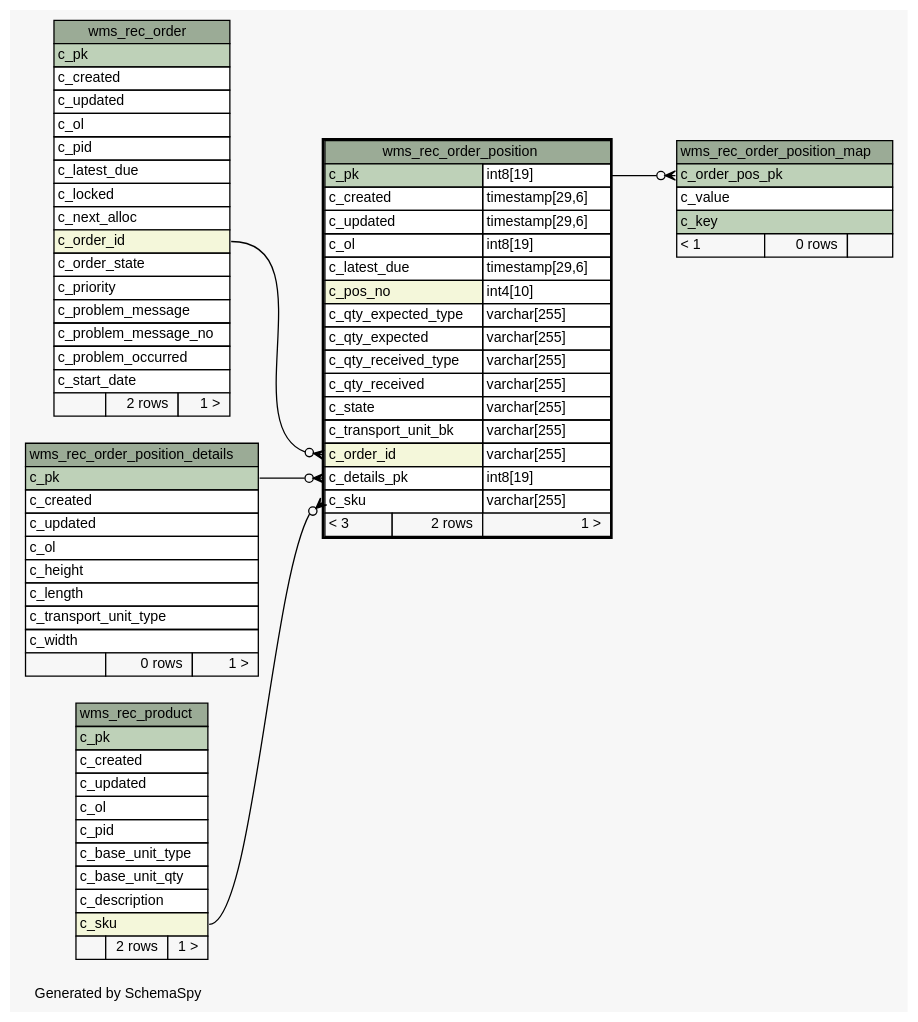
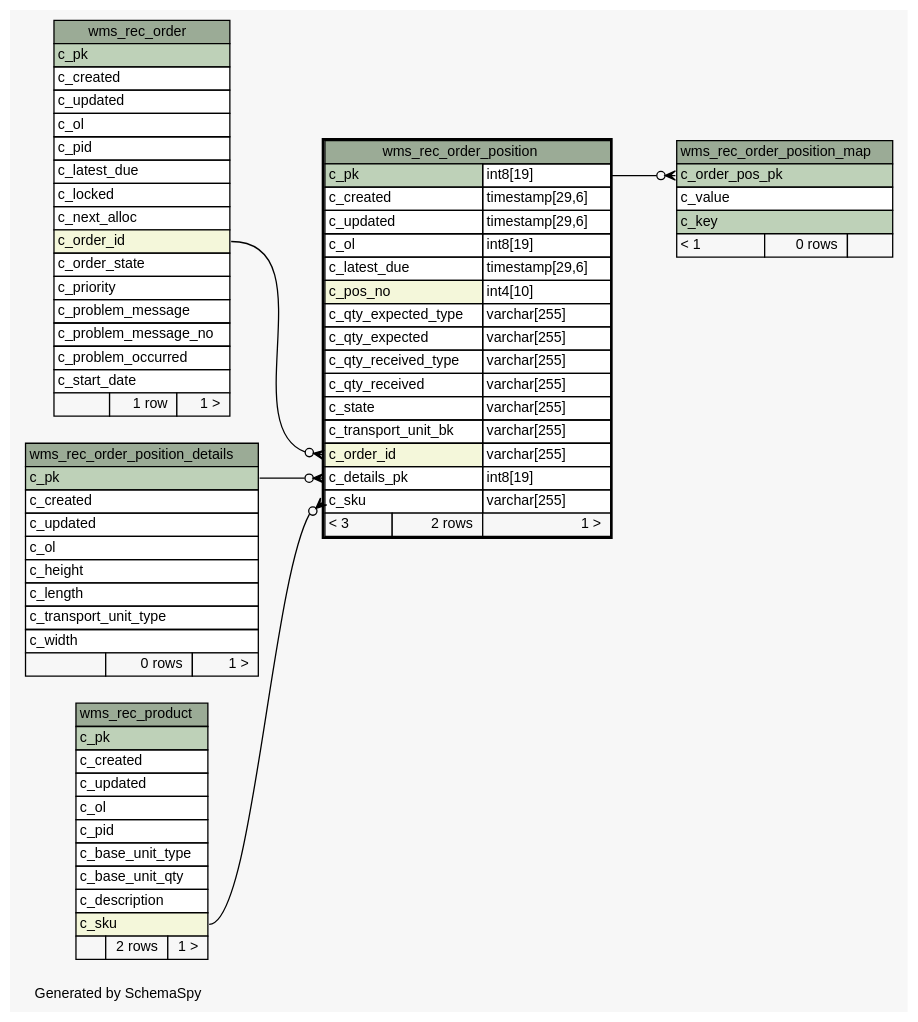
One commit to openwms/org.openwms.wms.receiving.lib changed the diagram in 1.0.0-SNAPSHOT/schemaspy/diagrams/wms_rec_order_position.1degree.dot. Above: the diagram before and after it, drawn with Graphviz. The commit also changed 224 other files, not shown here.

```diff
--- a/1.0.0-SNAPSHOT/schemaspy/diagrams/wms_rec_order_position.1degree.dot
+++ b/1.0.0-SNAPSHOT/schemaspy/diagrams/wms_rec_order_position.1degree.dot
@@ -1,121 +1,121 @@
-// dot 2.42.3 on Linux 5.4.0-1032-azure
+// dot 2.42.3 on Linux 5.4.0-1039-azure
 // SchemaSpy rev Unknown
 digraph "oneDegreeRelationshipsDiagram" {
   graph [
     rankdir="RL"
     bgcolor="#f7f7f7"
     label="\nGenerated by SchemaSpy"
     labeljust="l"
     nodesep="0.18"
     ranksep="0.46"
     fontname="Helvetica"
     fontsize="11"
   ];
   node [
     fontname="Helvetica"
     fontsize="11"
     shape="plaintext"
   ];
   edge [
     arrowsize="0.8"
   ];
   "wms_rec_order_position":"c_details_pk":w -> "wms_rec_order_position_details":"c_pk":e [arrowhead=none dir=back arrowtail=crowodot];
   "wms_rec_order_position":"c_order_id":w -> "wms_rec_order":"c_order_id":e [arrowhead=none dir=back arrowtail=crowodot];
   "wms_rec_order_position":"c_sku":w -> "wms_rec_product":"c_sku":e [arrowhead=none dir=back arrowtail=crowodot];
   "wms_rec_order_position_map":"c_order_pos_pk":w -> "wms_rec_order_position":"c_pk.type":e [arrowhead=none dir=back arrowtail=crowodot];
   "wms_rec_order" [
     label=<
     <TABLE BORDER="0" CELLBORDER="1" CELLSPACING="0" BGCOLOR="#ffffff">
       <TR><TD COLSPAN="3" BGCOLOR="#9bab96" ALIGN="CENTER">wms_rec_order</TD></TR>
       <TR><TD PORT="c_pk" COLSPAN="3" BGCOLOR="#bed1b8" ALIGN="LEFT">c_pk</TD></TR>
       <TR><TD PORT="c_created" COLSPAN="3" ALIGN="LEFT">c_created</TD></TR>
       <TR><TD PORT="c_updated" COLSPAN="3" ALIGN="LEFT">c_updated</TD></TR>
       <TR><TD PORT="c_ol" COLSPAN="3" ALIGN="LEFT">c_ol</TD></TR>
       <TR><TD PORT="c_pid" COLSPAN="3" ALIGN="LEFT">c_pid</TD></TR>
       <TR><TD PORT="c_latest_due" COLSPAN="3" ALIGN="LEFT">c_latest_due</TD></TR>
       <TR><TD PORT="c_locked" COLSPAN="3" ALIGN="LEFT">c_locked</TD></TR>
       <TR><TD PORT="c_next_alloc" COLSPAN="3" ALIGN="LEFT">c_next_alloc</TD></TR>
       <TR><TD PORT="c_order_id" COLSPAN="3" BGCOLOR="#f4f7da" ALIGN="LEFT">c_order_id</TD></TR>
       <TR><TD PORT="c_order_state" COLSPAN="3" ALIGN="LEFT">c_order_state</TD></TR>
       <TR><TD PORT="c_priority" COLSPAN="3" ALIGN="LEFT">c_priority</TD></TR>
       <TR><TD PORT="c_problem_message" COLSPAN="3" ALIGN="LEFT">c_problem_message</TD></TR>
       <TR><TD PORT="c_problem_message_no" COLSPAN="3" ALIGN="LEFT">c_problem_message_no</TD></TR>
       <TR><TD PORT="c_problem_occurred" COLSPAN="3" ALIGN="LEFT">c_problem_occurred</TD></TR>
       <TR><TD PORT="c_start_date" COLSPAN="3" ALIGN="LEFT">c_start_date</TD></TR>
-      <TR><TD ALIGN="LEFT" BGCOLOR="#f7f7f7">  </TD><TD ALIGN="RIGHT" BGCOLOR="#f7f7f7">2 rows</TD><TD ALIGN="RIGHT" BGCOLOR="#f7f7f7">1 &gt;</TD></TR>
+      <TR><TD ALIGN="LEFT" BGCOLOR="#f7f7f7">  </TD><TD ALIGN="RIGHT" BGCOLOR="#f7f7f7">1 row</TD><TD ALIGN="RIGHT" BGCOLOR="#f7f7f7">1 &gt;</TD></TR>
     </TABLE>>
     URL="wms_rec_order.html"
     tooltip="wms_rec_order"
   ];
   "wms_rec_order_position" [
     label=<
     <TABLE BORDER="2" CELLBORDER="1" CELLSPACING="0" BGCOLOR="#ffffff">
       <TR><TD COLSPAN="3" BGCOLOR="#9bab96" ALIGN="CENTER">wms_rec_order_position</TD></TR>
       <TR><TD PORT="c_pk" COLSPAN="2" BGCOLOR="#bed1b8" ALIGN="LEFT">c_pk</TD><TD PORT="c_pk.type" ALIGN="LEFT">int8[19]</TD></TR>
       <TR><TD PORT="c_created" COLSPAN="2" ALIGN="LEFT">c_created</TD><TD PORT="c_created.type" ALIGN="LEFT">timestamp[29,6]</TD></TR>
       <TR><TD PORT="c_updated" COLSPAN="2" ALIGN="LEFT">c_updated</TD><TD PORT="c_updated.type" ALIGN="LEFT">timestamp[29,6]</TD></TR>
       <TR><TD PORT="c_ol" COLSPAN="2" ALIGN="LEFT">c_ol</TD><TD PORT="c_ol.type" ALIGN="LEFT">int8[19]</TD></TR>
       <TR><TD PORT="c_latest_due" COLSPAN="2" ALIGN="LEFT">c_latest_due</TD><TD PORT="c_latest_due.type" ALIGN="LEFT">timestamp[29,6]</TD></TR>
       <TR><TD PORT="c_pos_no" COLSPAN="2" BGCOLOR="#f4f7da" ALIGN="LEFT">c_pos_no</TD><TD PORT="c_pos_no.type" ALIGN="LEFT">int4[10]</TD></TR>
       <TR><TD PORT="c_qty_expected_type" COLSPAN="2" ALIGN="LEFT">c_qty_expected_type</TD><TD PORT="c_qty_expected_type.type" ALIGN="LEFT">varchar[255]</TD></TR>
       <TR><TD PORT="c_qty_expected" COLSPAN="2" ALIGN="LEFT">c_qty_expected</TD><TD PORT="c_qty_expected.type" ALIGN="LEFT">varchar[255]</TD></TR>
       <TR><TD PORT="c_qty_received_type" COLSPAN="2" ALIGN="LEFT">c_qty_received_type</TD><TD PORT="c_qty_received_type.type" ALIGN="LEFT">varchar[255]</TD></TR>
       <TR><TD PORT="c_qty_received" COLSPAN="2" ALIGN="LEFT">c_qty_received</TD><TD PORT="c_qty_received.type" ALIGN="LEFT">varchar[255]</TD></TR>
       <TR><TD PORT="c_state" COLSPAN="2" ALIGN="LEFT">c_state</TD><TD PORT="c_state.type" ALIGN="LEFT">varchar[255]</TD></TR>
       <TR><TD PORT="c_transport_unit_bk" COLSPAN="2" ALIGN="LEFT">c_transport_unit_bk</TD><TD PORT="c_transport_unit_bk.type" ALIGN="LEFT">varchar[255]</TD></TR>
       <TR><TD PORT="c_order_id" COLSPAN="2" BGCOLOR="#f4f7da" ALIGN="LEFT">c_order_id</TD><TD PORT="c_order_id.type" ALIGN="LEFT">varchar[255]</TD></TR>
       <TR><TD PORT="c_details_pk" COLSPAN="2" ALIGN="LEFT">c_details_pk</TD><TD PORT="c_details_pk.type" ALIGN="LEFT">int8[19]</TD></TR>
       <TR><TD PORT="c_sku" COLSPAN="2" ALIGN="LEFT">c_sku</TD><TD PORT="c_sku.type" ALIGN="LEFT">varchar[255]</TD></TR>
       <TR><TD ALIGN="LEFT" BGCOLOR="#f7f7f7">&lt; 3</TD><TD ALIGN="RIGHT" BGCOLOR="#f7f7f7">2 rows</TD><TD ALIGN="RIGHT" BGCOLOR="#f7f7f7">1 &gt;</TD></TR>
     </TABLE>>
     URL="wms_rec_order_position.html"
     tooltip="wms_rec_order_position"
   ];
   "wms_rec_order_position_details" [
     label=<
     <TABLE BORDER="0" CELLBORDER="1" CELLSPACING="0" BGCOLOR="#ffffff">
       <TR><TD COLSPAN="3" BGCOLOR="#9bab96" ALIGN="CENTER">wms_rec_order_position_details</TD></TR>
       <TR><TD PORT="c_pk" COLSPAN="3" BGCOLOR="#bed1b8" ALIGN="LEFT">c_pk</TD></TR>
       <TR><TD PORT="c_created" COLSPAN="3" ALIGN="LEFT">c_created</TD></TR>
       <TR><TD PORT="c_updated" COLSPAN="3" ALIGN="LEFT">c_updated</TD></TR>
       <TR><TD PORT="c_ol" COLSPAN="3" ALIGN="LEFT">c_ol</TD></TR>
       <TR><TD PORT="c_height" COLSPAN="3" ALIGN="LEFT">c_height</TD></TR>
       <TR><TD PORT="c_length" COLSPAN="3" ALIGN="LEFT">c_length</TD></TR>
       <TR><TD PORT="c_transport_unit_type" COLSPAN="3" ALIGN="LEFT">c_transport_unit_type</TD></TR>
       <TR><TD PORT="c_width" COLSPAN="3" ALIGN="LEFT">c_width</TD></TR>
       <TR><TD ALIGN="LEFT" BGCOLOR="#f7f7f7">  </TD><TD ALIGN="RIGHT" BGCOLOR="#f7f7f7">0 rows</TD><TD ALIGN="RIGHT" BGCOLOR="#f7f7f7">1 &gt;</TD></TR>
     </TABLE>>
     URL="wms_rec_order_position_details.html"
     tooltip="wms_rec_order_position_details"
   ];
   "wms_rec_order_position_map" [
     label=<
     <TABLE BORDER="0" CELLBORDER="1" CELLSPACING="0" BGCOLOR="#ffffff">
       <TR><TD COLSPAN="3" BGCOLOR="#9bab96" ALIGN="CENTER">wms_rec_order_position_map</TD></TR>
       <TR><TD PORT="c_order_pos_pk" COLSPAN="3" BGCOLOR="#bed1b8" ALIGN="LEFT">c_order_pos_pk</TD></TR>
       <TR><TD PORT="c_value" COLSPAN="3" ALIGN="LEFT">c_value</TD></TR>
       <TR><TD PORT="c_key" COLSPAN="3" BGCOLOR="#bed1b8" ALIGN="LEFT">c_key</TD></TR>
       <TR><TD ALIGN="LEFT" BGCOLOR="#f7f7f7">&lt; 1</TD><TD ALIGN="RIGHT" BGCOLOR="#f7f7f7">0 rows</TD><TD ALIGN="RIGHT" BGCOLOR="#f7f7f7">  </TD></TR>
     </TABLE>>
     URL="wms_rec_order_position_map.html"
     tooltip="wms_rec_order_position_map"
   ];
   "wms_rec_product" [
     label=<
     <TABLE BORDER="0" CELLBORDER="1" CELLSPACING="0" BGCOLOR="#ffffff">
       <TR><TD COLSPAN="3" BGCOLOR="#9bab96" ALIGN="CENTER">wms_rec_product</TD></TR>
       <TR><TD PORT="c_pk" COLSPAN="3" BGCOLOR="#bed1b8" ALIGN="LEFT">c_pk</TD></TR>
       <TR><TD PORT="c_created" COLSPAN="3" ALIGN="LEFT">c_created</TD></TR>
       <TR><TD PORT="c_updated" COLSPAN="3" ALIGN="LEFT">c_updated</TD></TR>
       <TR><TD PORT="c_ol" COLSPAN="3" ALIGN="LEFT">c_ol</TD></TR>
       <TR><TD PORT="c_pid" COLSPAN="3" ALIGN="LEFT">c_pid</TD></TR>
       <TR><TD PORT="c_base_unit_type" COLSPAN="3" ALIGN="LEFT">c_base_unit_type</TD></TR>
       <TR><TD PORT="c_base_unit_qty" COLSPAN="3" ALIGN="LEFT">c_base_unit_qty</TD></TR>
       <TR><TD PORT="c_description" COLSPAN="3" ALIGN="LEFT">c_description</TD></TR>
       <TR><TD PORT="c_sku" COLSPAN="3" BGCOLOR="#f4f7da" ALIGN="LEFT">c_sku</TD></TR>
       <TR><TD ALIGN="LEFT" BGCOLOR="#f7f7f7">  </TD><TD ALIGN="RIGHT" BGCOLOR="#f7f7f7">2 rows</TD><TD ALIGN="RIGHT" BGCOLOR="#f7f7f7">1 &gt;</TD></TR>
     </TABLE>>
     URL="wms_rec_product.html"
     tooltip="wms_rec_product"
   ];
 }
```
